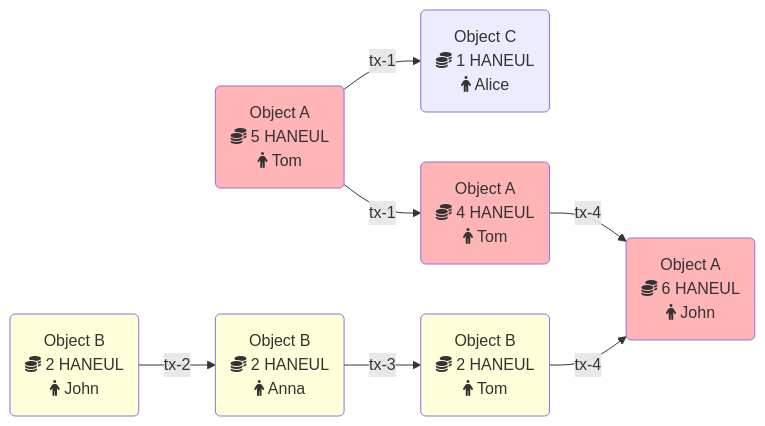
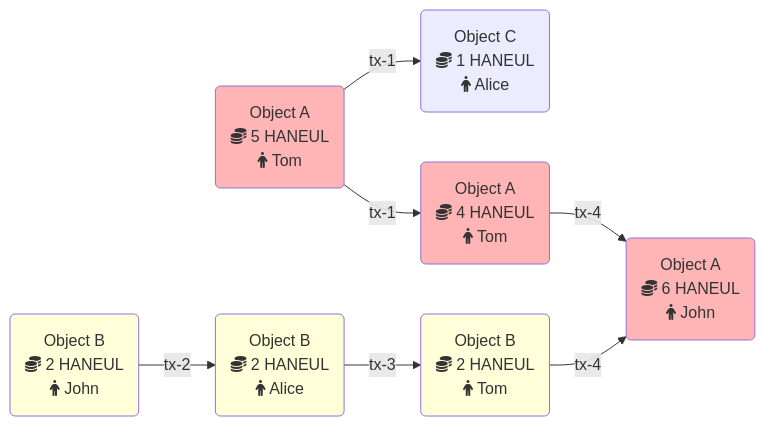
Before and after one commit to GeunhwaJeong/haneul-new: the diagram in docs/content/concepts/transactions.mdx, drawn with Mermaid. The commit also changed other lines of this file and 8 other files, not shown here.

````diff
--- a/docs/content/concepts/transactions.mdx
+++ b/docs/content/concepts/transactions.mdx
@@ -62,32 +62,32 @@
 ```mermaid
 flowchart LR
     id1(Object A
     fa:fa-coins 5 HANEUL
     fa:fa-person Tom):::object-a;
     id2(Object C
     fa:fa-coins 1 HANEUL
     fa:fa-person Alice);
     id3(Object A
     fa:fa-coins 4 HANEUL
     fa:fa-person Tom):::object-a;
     id4(Object B
     fa:fa-coins 2 HANEUL
     fa:fa-person John):::object-b;
     id5(Object B
     fa:fa-coins 2 HANEUL
-    fa:fa-person Anna):::object-b;
+    fa:fa-person Alice):::object-b;
     id6(Object B
     fa:fa-coins 2 HANEUL
     fa:fa-person Tom):::object-b;
     id7(Object A
     fa:fa-coins 6 HANEUL
     fa:fa-person John):::object-a;
     id1-->|tx-1|id2;
     id1-->|tx-1|id3;
     id4-->|tx-2|id5;
     id5-->|tx-3|id6;
     id3-->|tx-4|id7;
     id6-->|tx-4|id7;
     classDef object-a fill:#f225;
     classDef object-b fill:#ff43;
 ```
````
